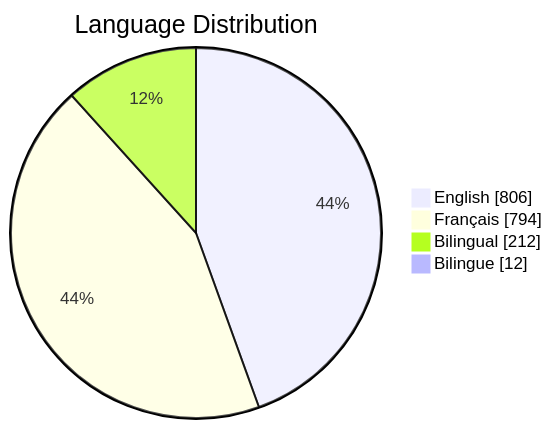
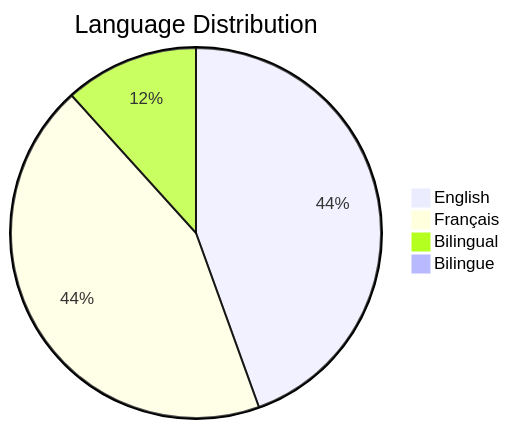
One commit to PatLittle/GC-Socials changed the third of 4 diagrams in README.md. Above: the diagram before and after it, drawn with Mermaid. The commit also changed other lines of this file, not shown here.

Commit message:
Update README with Platform Distribution pie chart

````diff
--- a/README.md
+++ b/README.md
@@ -28,7 +61,7 @@
 ```mermaid
-pie showData title Language Distribution
+pie title Language Distribution
     "English": 806
     "Français": 794
     "Bilingual": 212
     "Bilingue": 12
 ```
````
